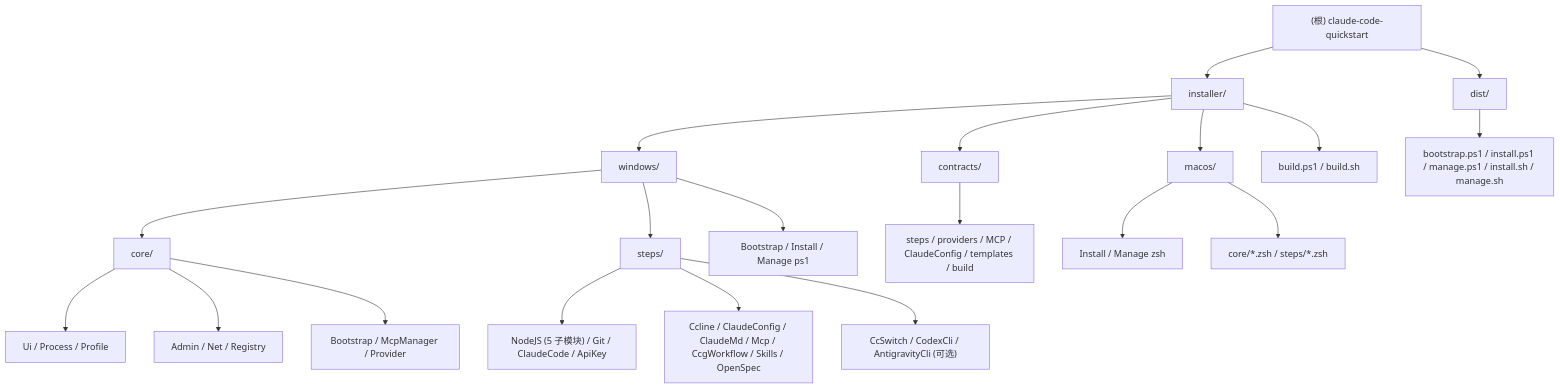
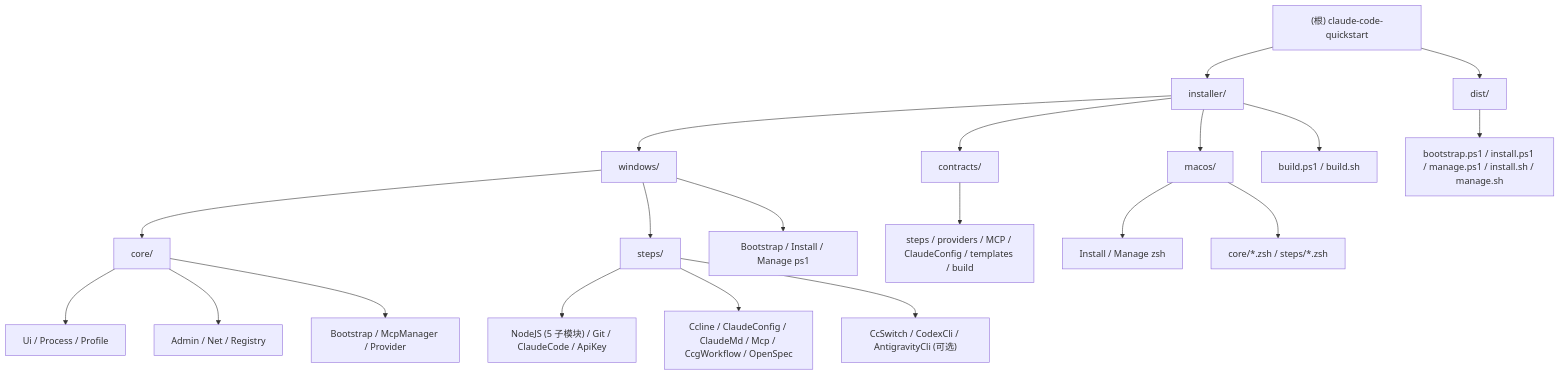
The diagram in CLAUDE.md (hkxiaoyao/claude-code-quickstart), drawn with Mermaid before and after one commit. The commit also changed other lines of this file and 12 other files, not shown here.

````diff
--- a/CLAUDE.md
+++ b/CLAUDE.md
@@ -32,24 +32,24 @@
 ```mermaid
 graph TD
     A["(根) claude-code-quickstart"] --> B["installer/"]
     A --> H["dist/"]
     B --> W["windows/"]
     B --> F["contracts/"]
     B --> G["macos/"]
     B --> E["build.ps1 / build.sh"]
     W --> C["core/"]
     W --> D["steps/"]
     W --> W1["Bootstrap / Install / Manage ps1"]
     C --> C1["Ui / Process / Profile"]
     C --> C2["Admin / Net / Registry"]
     C --> C3["Bootstrap / McpManager / Provider"]
     D --> D1["NodeJS (5 子模块) / Git / ClaudeCode / ApiKey"]
-    D --> D2["Ccline / ClaudeConfig / ClaudeMd / Mcp / CcgWorkflow / Skills / OpenSpec"]
+    D --> D2["Ccline / ClaudeConfig / ClaudeMd / Mcp / CcgWorkflow / OpenSpec"]
     D --> D3["CcSwitch / CodexCli / AntigravityCli (可选)"]
     F --> F1["steps / providers / MCP / ClaudeConfig / templates / build"]
     G --> G1["Install / Manage zsh"]
     G --> G2["core/*.zsh / steps/*.zsh"]
     H --> H1["bootstrap.ps1 / install.ps1 / manage.ps1 / install.sh / manage.sh"]
     click C "./installer/windows/core/CLAUDE.md"
     click D "./installer/windows/steps/CLAUDE.md"
 ```
````
